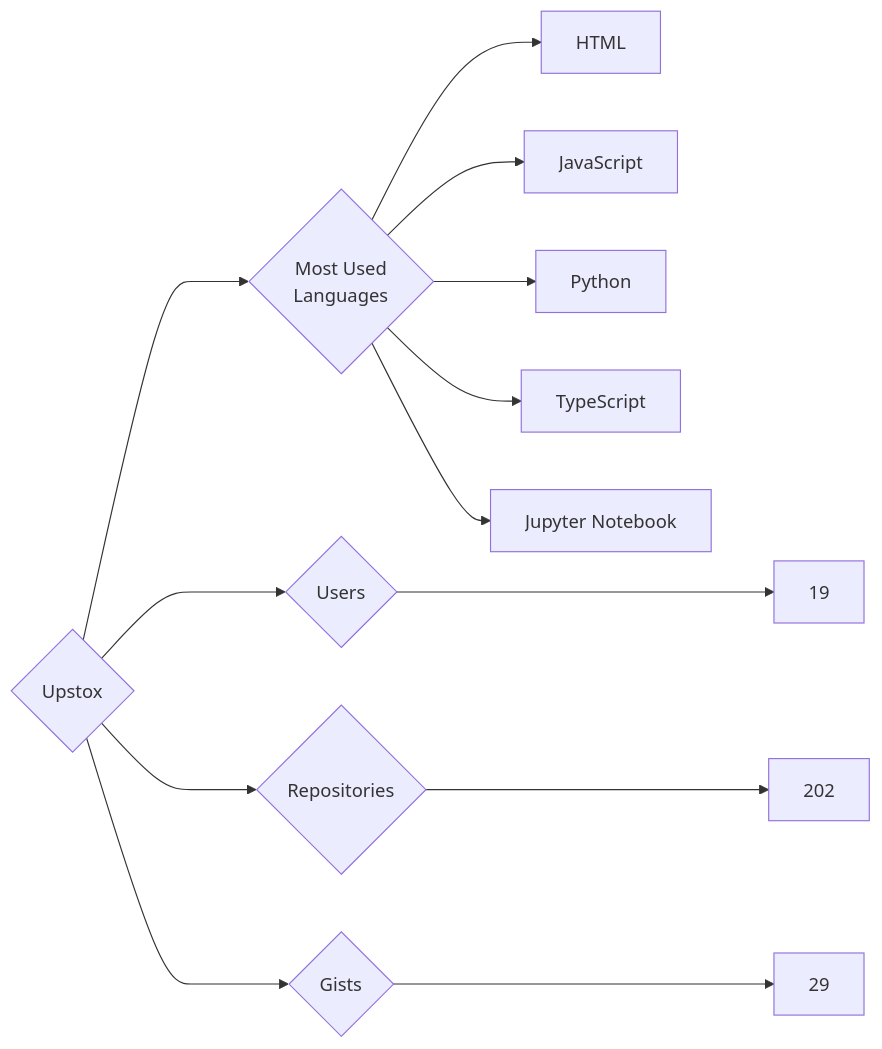
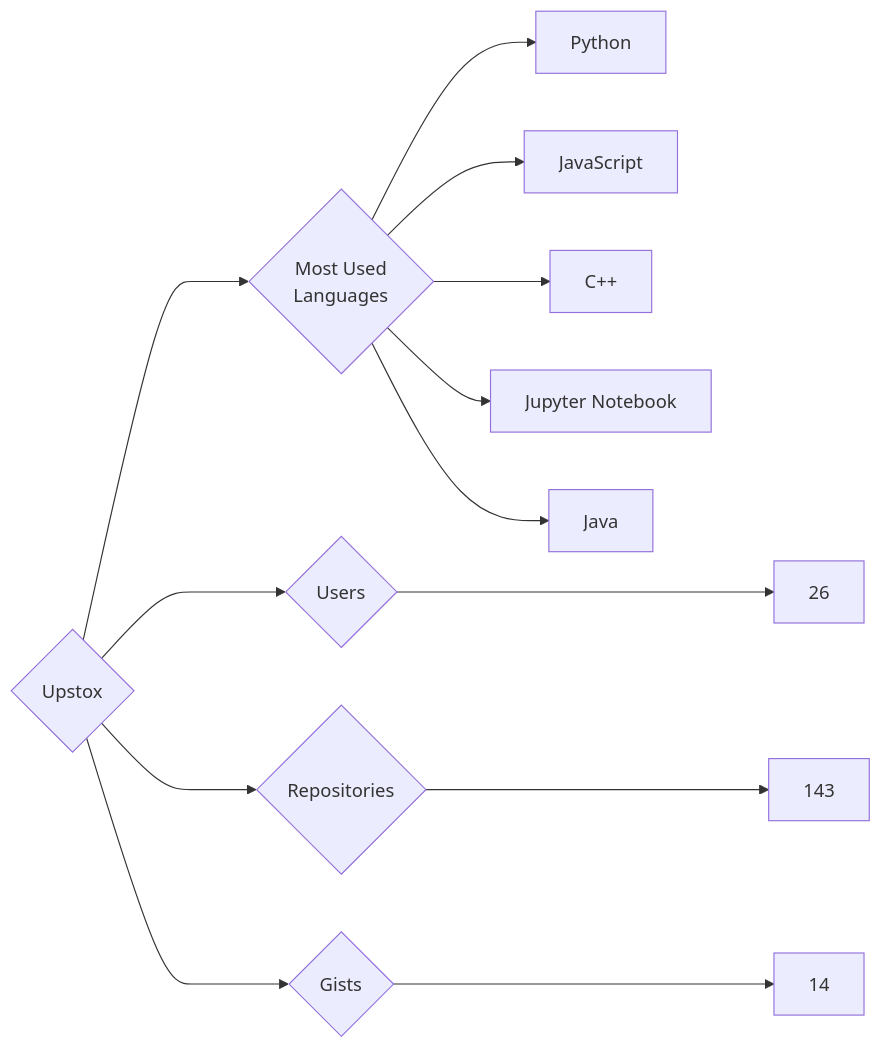
One commit to trickest/insiders changed the diagram in targets/Upstox/README.md. Above: the diagram before and after it, drawn with Mermaid. The commit also changed 920 other files, not shown here.

````diff
--- a/targets/Upstox/README.md
+++ b/targets/Upstox/README.md
@@ -3,13 +3,13 @@
 ```mermaid
 graph LR
 COMPANY_NAME{Upstox}
-COMPANY_NAME ---> U{Users} ---> UN[19]
-COMPANY_NAME ---> R{Repositories} ---> RN[202]
-COMPANY_NAME ---> G{Gists} ---> GN[29]
+COMPANY_NAME ---> U{Users} ---> UN[26]
+COMPANY_NAME ---> R{Repositories} ---> RN[143]
+COMPANY_NAME ---> G{Gists} ---> GN[14]
 COMPANY_NAME ---> ML{Most Used<br>Languages}
-ML --> HTML[HTML]
+ML --> Python[Python]
 ML --> JavaScript[JavaScript]
-ML --> Python[Python]
-ML --> TypeScript[TypeScript]
+ML --> C++[C++]
 ML --> Jupyter_Notebook[Jupyter Notebook]
+ML --> Java[Java]
 ```
````
